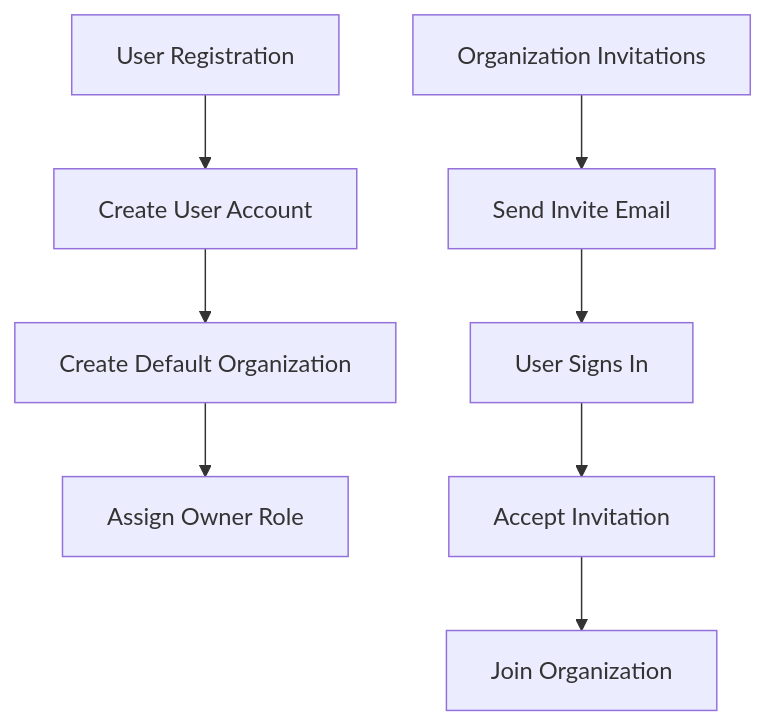
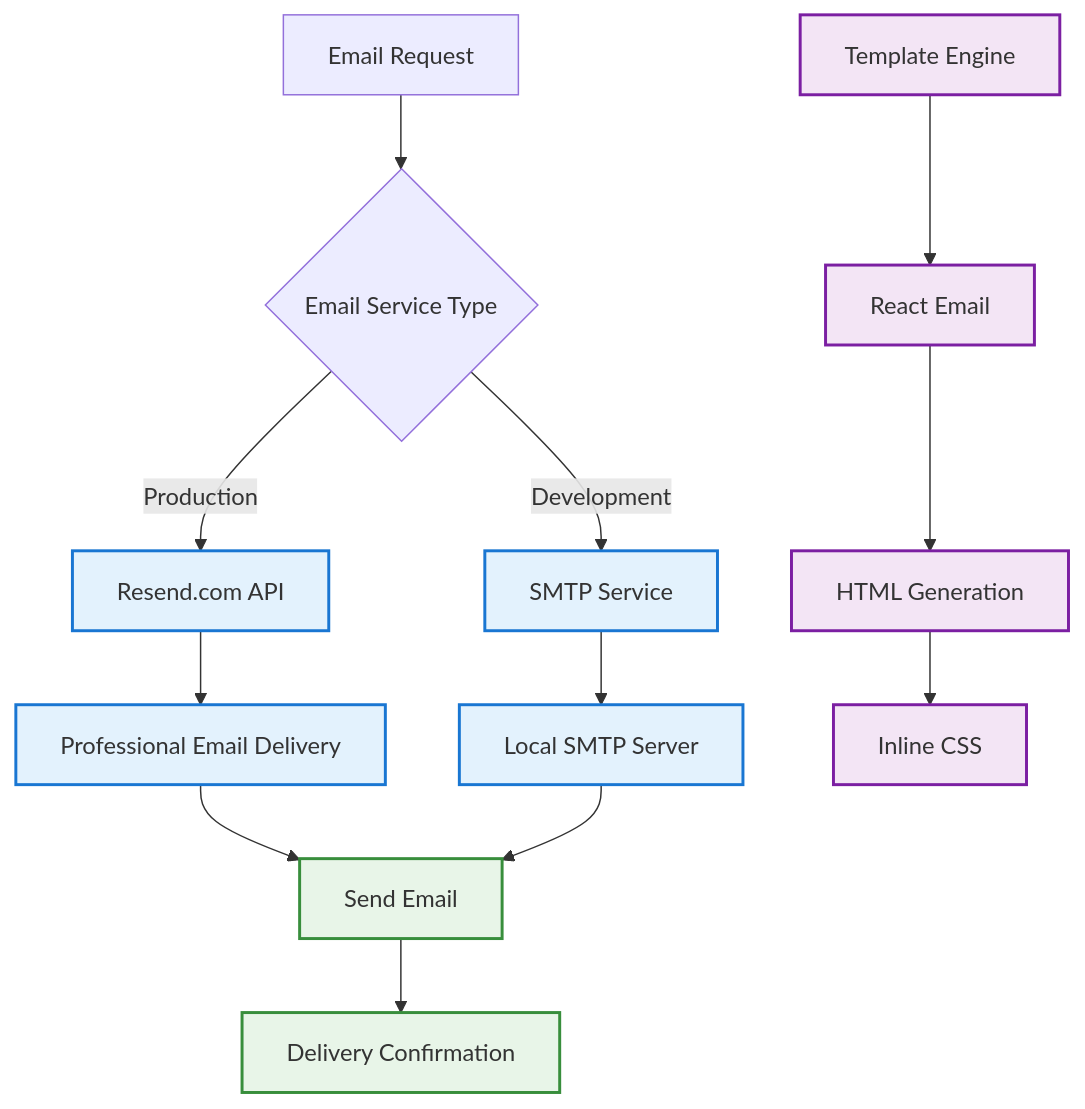
Before and after one commit to supercheck-io/supercheck: diagram 12 of 15 in specs/AUTHENTICATION.md, drawn with Mermaid. The commit also changed other lines of this file and 2 other files, not shown here.

First line of the commit message:
docs(specs): update API_KEY_SYSTEM, AUTHENTICATION, and add OBSERVABILITY specs

````diff
--- a/specs/AUTHENTICATION.md
+++ b/specs/AUTHENTICATION.md
@@ -251,11 +463,26 @@
 ```mermaid
 graph TB
-    A[User Registration] --> B[Create User Account]
-    B --> C[Create Default Organization]
-    C --> D[Assign Owner Role]
-    
-    E[Organization Invitations] --> F[Send Invite Email]
-    F --> G[User Signs In]
-    G --> H[Accept Invitation]
-    H --> I[Join Organization]
+    A[Email Request] --> B{Email Service Type}
+
+    B -->|Production| C[Resend.com API]
+    B -->|Development| D[SMTP Service]
+
+    C --> E[Professional Email Delivery]
+    D --> F[Local SMTP Server]
+
+    G[Template Engine] --> H[React Email]
+    H --> I[HTML Generation]
+    I --> J[Inline CSS]
+
+    E --> K[Send Email]
+    F --> K
+    K --> L[Delivery Confirmation]
+
+    classDef service fill:#e3f2fd,stroke:#1976d2,stroke-width:2px
+    classDef template fill:#f3e5f5,stroke:#7b1fa2,stroke-width:2px
+    classDef delivery fill:#e8f5e8,stroke:#388e3c,stroke-width:2px
+
+    class C,D,E,F service
+    class G,H,I,J template
+    class K,L delivery
 ```
````
